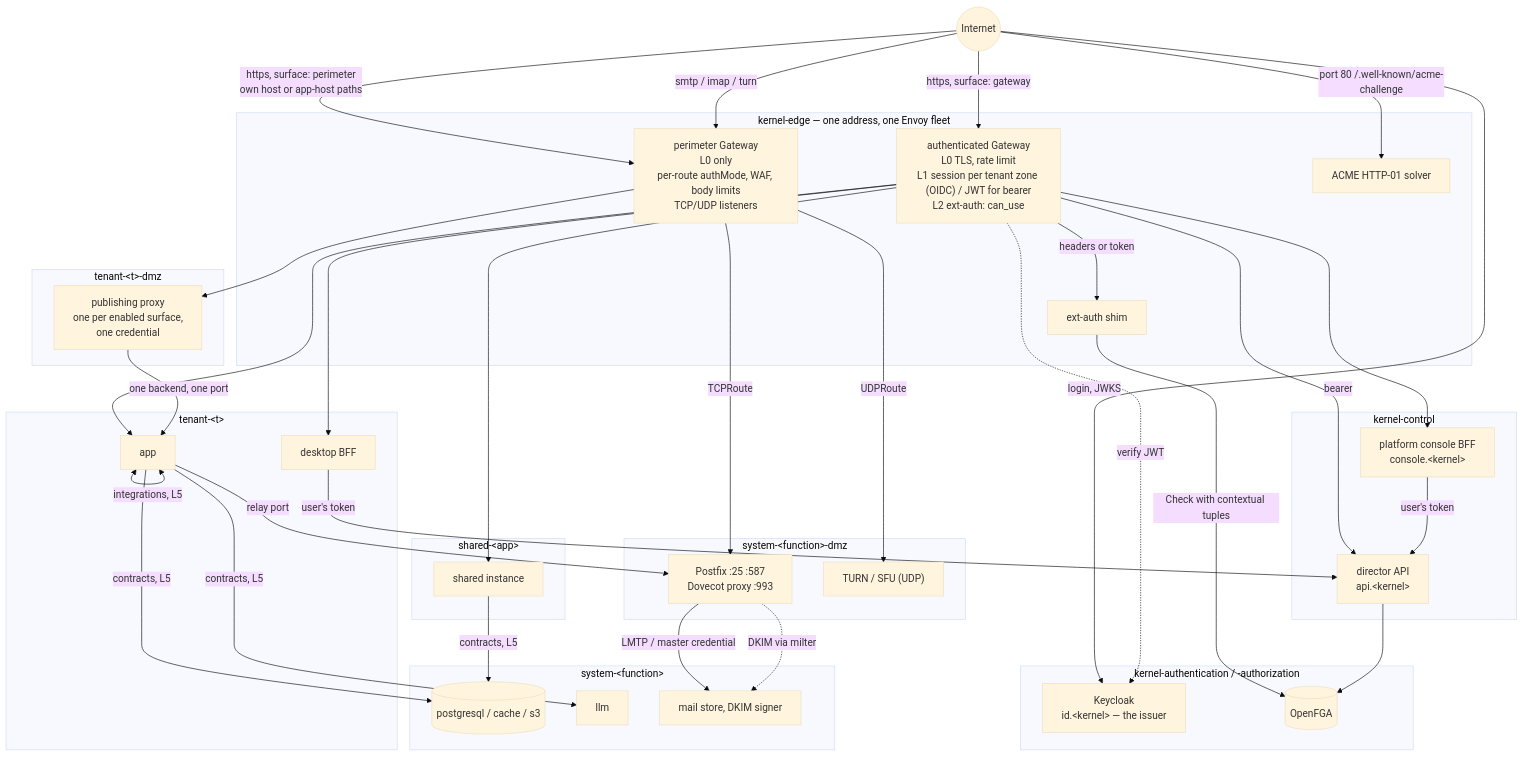
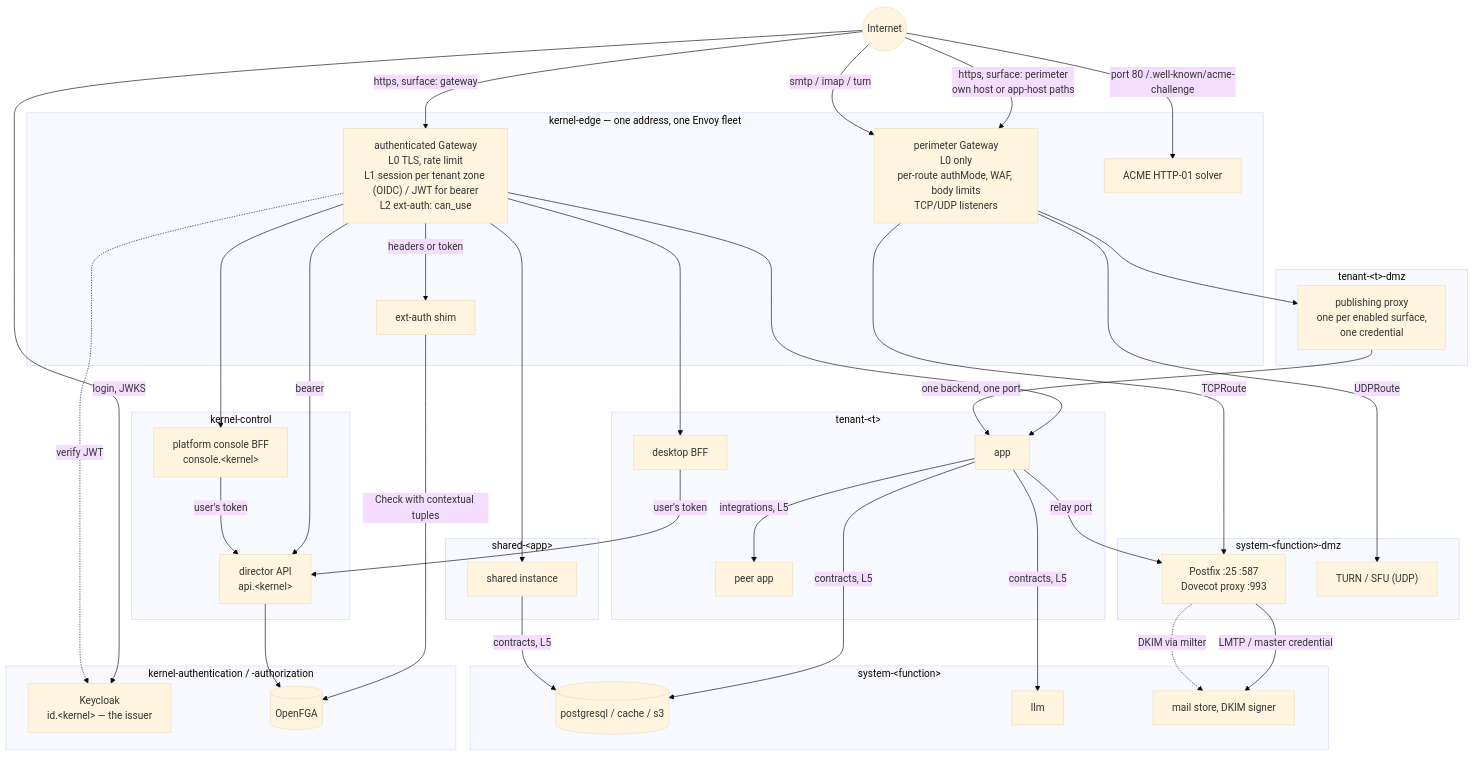
One commit to gentian-org/gentian-os changed the diagram in docs/plans/networking.md. Above: the diagram before and after it, drawn with Mermaid (base theme).

Commit message:
docs(networking): app-to-app integration drawn between two nodes, not as a self-loop

````diff
--- a/docs/plans/networking.md
+++ b/docs/plans/networking.md
@@ -48,79 +48,80 @@
 ```mermaid
 flowchart TB
     NET(("Internet"))
 
     subgraph EDGE["kernel-edge — one address, one Envoy fleet"]
         AG["authenticated Gateway<br/>L0 TLS, rate limit<br/>L1 session per tenant zone (OIDC) / JWT for bearer<br/>L2 ext-auth: can_use"]
         PG["perimeter Gateway<br/>L0 only<br/>per-route authMode, WAF, body limits<br/>TCP/UDP listeners"]
         SHIM["ext-auth shim"]
         ACME["ACME HTTP-01 solver"]
     end
 
     subgraph KAUTH["kernel-authentication / -authorization"]
         KC["Keycloak<br/>id.&lt;kernel&gt; — the issuer"]
         FGA[("OpenFGA")]
     end
 
     subgraph KCTL["kernel-control"]
         DIR["director API<br/>api.&lt;kernel&gt;"]
         CON["platform console BFF<br/>console.&lt;kernel&gt;"]
     end
 
     subgraph TEN["tenant-&lt;t&gt;"]
         DESK["desktop BFF"]
         APP["app"]
+        PEER["peer app"]
     end
 
     subgraph TDMZ["tenant-&lt;t&gt;-dmz"]
         PX["publishing proxy<br/>one per enabled surface,<br/>one credential"]
     end
 
     subgraph SHR["shared-&lt;app&gt;"]
         SAPP["shared instance"]
     end
 
     subgraph SYS["system-&lt;function&gt;"]
         DB[("postgresql / cache / s3")]
         LLM["llm"]
         STORE["mail store, DKIM signer"]
     end
 
     subgraph SDMZ["system-&lt;function&gt;-dmz"]
         MTA["Postfix :25 :587<br/>Dovecot proxy :993"]
         TURN["TURN / SFU (UDP)"]
     end
 
     NET -->|"https, surface: gateway"| AG
     NET -->|"https, surface: perimeter<br/>own host or app-host paths"| PG
     NET -->|"smtp / imap / turn"| PG
     NET -->|"login, JWKS"| KC
     NET -->|"port 80 /.well-known/acme-challenge"| ACME
 
     AG -. "verify JWT" .-> KC
     AG -->|"headers or token"| SHIM
     SHIM -->|"Check with contextual tuples"| FGA
 
     AG --> DESK
     AG --> APP
     AG --> SAPP
     AG --> CON
     AG -->|"bearer"| DIR
 
     PG --> PX
     PG -->|"TCPRoute"| MTA
     PG -->|"UDPRoute"| TURN
 
     PX -->|"one backend, one port"| APP
     MTA -->|"LMTP / master credential"| STORE
     MTA -. "DKIM via milter" .-> STORE
 
     DESK -->|"user's token"| DIR
     CON -->|"user's token"| DIR
     DIR --> FGA
 
     APP -->|"contracts, L5"| DB
     APP -->|"contracts, L5"| LLM
     APP -->|"relay port"| MTA
-    APP <-->|"integrations, L5"| APP
+    APP -->|"integrations, L5"| PEER
     SAPP -->|"contracts, L5"| DB
 ```
````
